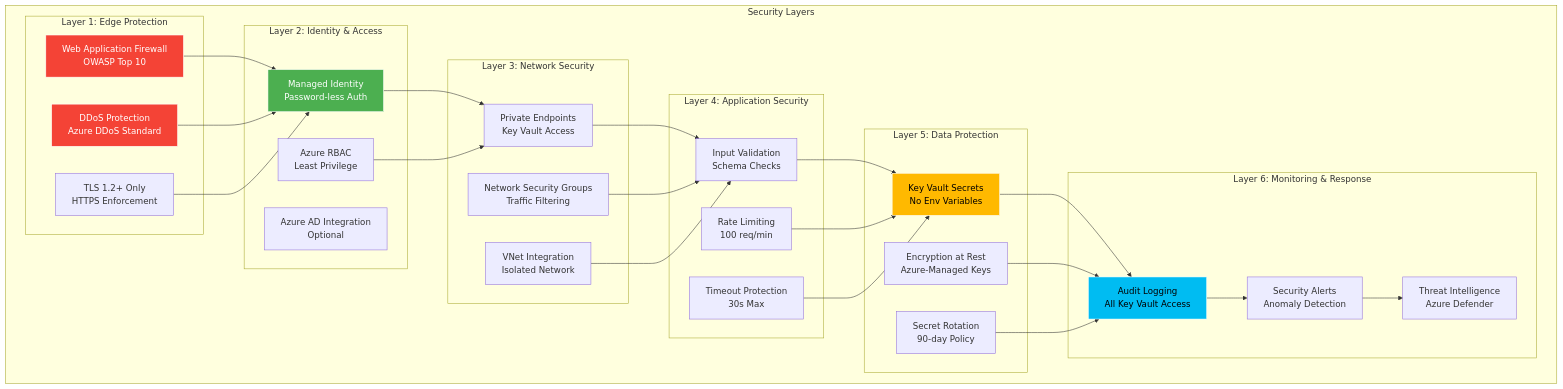
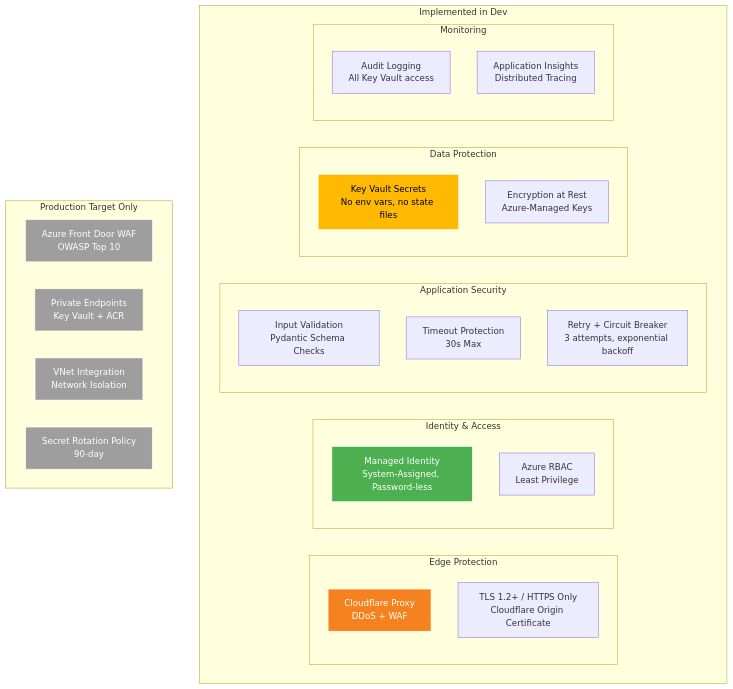
Before and after one commit to sachajw/career-pollinate-assessment: the fourth of 7 diagrams in documentation/architecture/architecture-diagram.md, drawn with Mermaid. The commit also changed other lines of this file and 10 other files, not shown here.

Commit message:
📦 REFACTOR: remove architecture summary

````diff
--- a/documentation/architecture/architecture-diagram.md
+++ b/documentation/architecture/architecture-diagram.md
@@ -149,63 +156,45 @@
 ```mermaid
 graph TB
-    subgraph "Security Layers"
-        subgraph "Layer 1: Edge Protection"
-            WAF[Web Application Firewall<br/>OWASP Top 10]
-            DDOS[DDoS Protection<br/>Azure DDoS Standard]
-            TLS[TLS 1.2+ Only<br/>HTTPS Enforcement]
+    subgraph "Implemented in Dev"
+        subgraph "Edge Protection"
+            CF[Cloudflare Proxy<br/>DDoS + WAF]
+            TLS[TLS 1.2+ / HTTPS Only<br/>Cloudflare Origin Certificate]
         end
 
-        subgraph "Layer 2: Identity & Access"
-            MI[Managed Identity<br/>Password-less Auth]
+        subgraph "Identity & Access"
+            MI[Managed Identity<br/>System-Assigned, Password-less]
             RBAC[Azure RBAC<br/>Least Privilege]
-            AAD[Azure AD Integration<br/>Optional]
         end
 
-        subgraph "Layer 3: Network Security"
-            PE[Private Endpoints<br/>Key Vault Access]
-            NSG[Network Security Groups<br/>Traffic Filtering]
-            VNET[VNet Integration<br/>Isolated Network]
+        subgraph "Application Security"
+            INPUT[Input Validation<br/>Pydantic Schema Checks]
+            TIMEOUT[Timeout Protection<br/>30s Max]
+            RETRY[Retry + Circuit Breaker<br/>3 attempts, exponential backoff]
         end
 
-        subgraph "Layer 4: Application Security"
-            INPUT[Input Validation<br/>Schema Checks]
-            RATE[Rate Limiting<br/>100 req/min]
-            TIMEOUT[Timeout Protection<br/>30s Max]
+        subgraph "Data Protection"
+            KV[Key Vault Secrets<br/>No env vars, no state files]
+            ENCRYPT[Encryption at Rest<br/>Azure-Managed Keys]
         end
 
-        subgraph "Layer 5: Data Protection"
-            KV[Key Vault Secrets<br/>No Env Variables]
-            ENCRYPT[Encryption at Rest<br/>Azure-Managed Keys]
-            ROTATE[Secret Rotation<br/>90-day Policy]
-        end
-
-        subgraph "Layer 6: Monitoring & Response"
-            AUDIT[Audit Logging<br/>All Key Vault Access]
-            ALERT[Security Alerts<br/>Anomaly Detection]
-            THREAT[Threat Intelligence<br/>Azure Defender]
+        subgraph "Monitoring"
+            AUDIT[Audit Logging<br/>All Key Vault access]
+            AI[Application Insights<br/>Distributed Tracing]
         end
     end
 
-    WAF --> MI
-    DDOS --> MI
-    TLS --> MI
-    MI --> PE
-    RBAC --> PE
-    PE --> INPUT
-    NSG --> INPUT
-    VNET --> INPUT
-    INPUT --> KV
-    RATE --> KV
-    TIMEOUT --> KV
-    KV --> AUDIT
-    ENCRYPT --> AUDIT
-    ROTATE --> AUDIT
-    AUDIT --> ALERT
-    ALERT --> THREAT
+    subgraph "Production Target Only"
+        WAF[Azure Front Door WAF<br/>OWASP Top 10]
+        PE[Private Endpoints<br/>Key Vault + ACR]
+        VNET[VNet Integration<br/>Network Isolation]
+        ROTATE[Secret Rotation Policy<br/>90-day]
+    end
 
-    style WAF fill:#f44336,stroke:#fff,color:#fff
-    style DDOS fill:#f44336,stroke:#fff,color:#fff
+    style CF fill:#f6821f,stroke:#fff,color:#fff
     style MI fill:#4caf50,stroke:#fff,color:#fff
     style KV fill:#ffb900,stroke:#fff,color:#000
-    style AUDIT fill:#00bcf2,stroke:#fff,color:#000
+    style WAF fill:#9e9e9e,stroke:#fff,color:#fff
+    style PE fill:#9e9e9e,stroke:#fff,color:#fff
+    style VNET fill:#9e9e9e,stroke:#fff,color:#fff
+    style ROTATE fill:#9e9e9e,stroke:#fff,color:#fff
 ```
````
